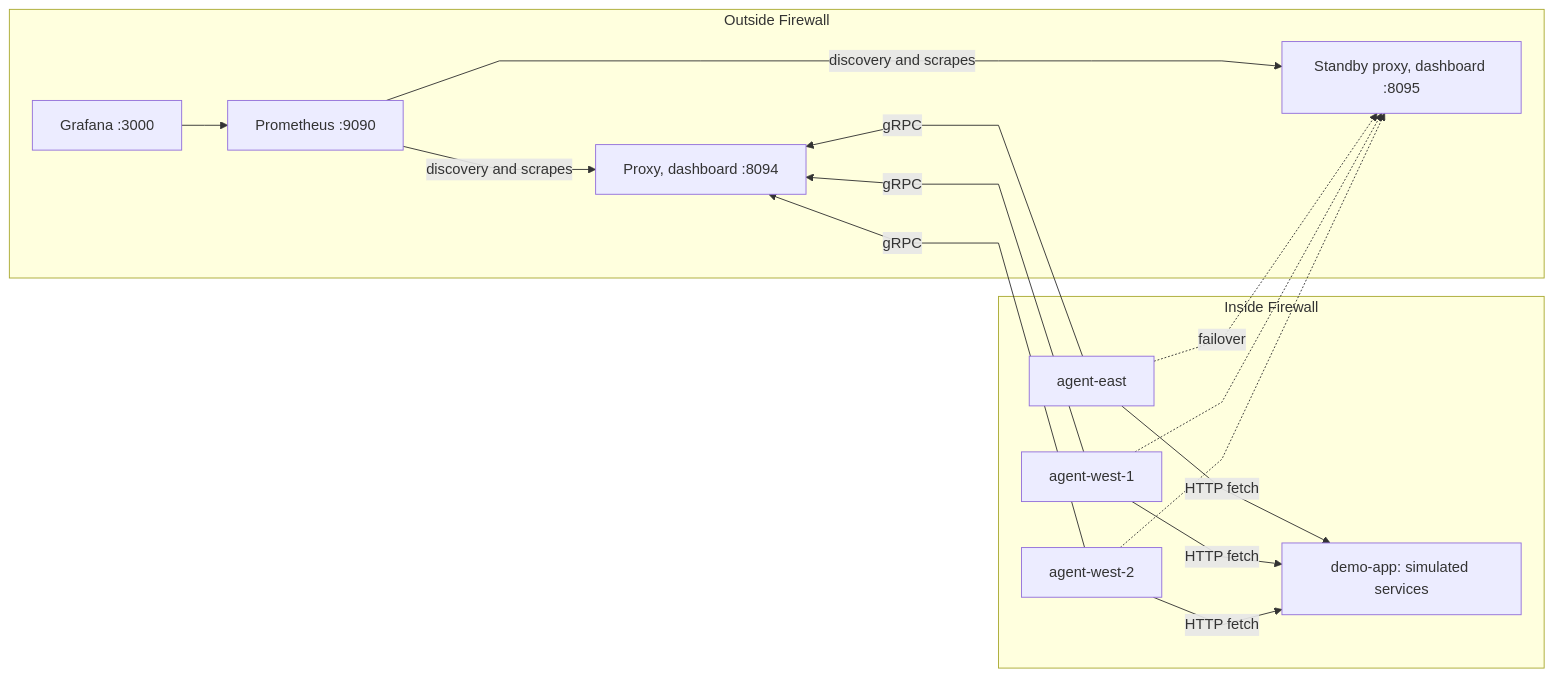
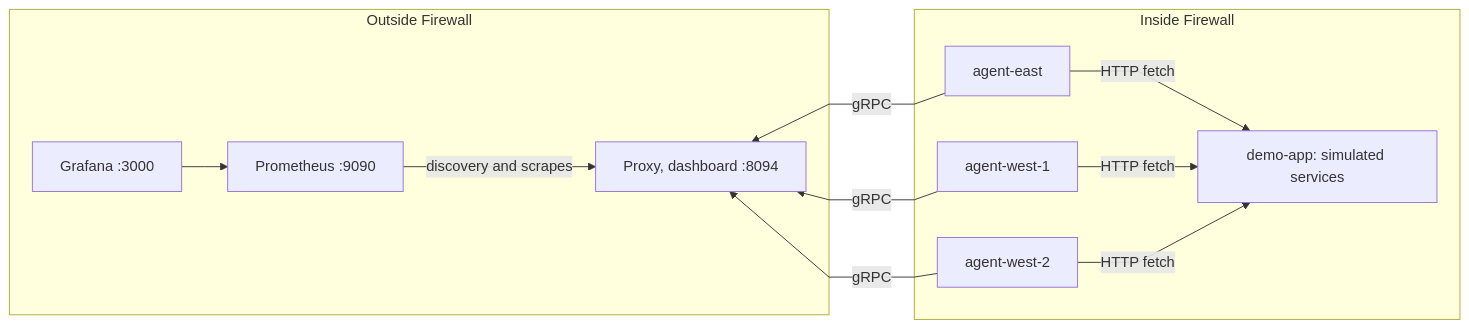
One commit to pambrose/prometheus-proxy changed the diagram in website/prometheus-proxy/docs/demo.md. Above: the diagram before and after it, drawn with Mermaid. The commit also changed other lines of this file and 40 other files, not shown here.

First line of the commit message:
Move the dashboard demo's failover, filtering, and tracing acts to the network demo (#438)

````diff
--- a/website/prometheus-proxy/docs/demo.md
+++ b/website/prometheus-proxy/docs/demo.md
@@ -9,35 +9,30 @@
 ``` mermaid
 %%{init: {'flowchart': {'curve': 'linear'}}}%%
 graph LR
   G[Grafana :3000] --> P[Prometheus :9090]
   P -->|discovery and scrapes| Proxy[Proxy, dashboard :8094]
-  P -->|discovery and scrapes| Standby[Standby proxy, dashboard :8095]
   %% Each agent connects out to the proxy, so its arrow points back. The invisible links keep the agents to
   %% the right of the proxy, as on the home page.
   Proxy ~~~ East
   Proxy ~~~ West1
   Proxy ~~~ West2
   East[agent-east] -->|gRPC| Proxy
   West1[agent-west-1] -->|gRPC| Proxy
   West2[agent-west-2] -->|gRPC| Proxy
-  East -.->|failover| Standby
-  West1 -.-> Standby
-  West2 -.-> Standby
   East -->|HTTP fetch| App[demo-app: simulated services]
   West1 -->|HTTP fetch| App
   West2 -->|HTTP fetch| App
 
   subgraph Outside Firewall
     G
     P
     Proxy
-    Standby
   end
 
   subgraph Inside Firewall
     East
     West1
     West2
     App
   end
 ```
````
